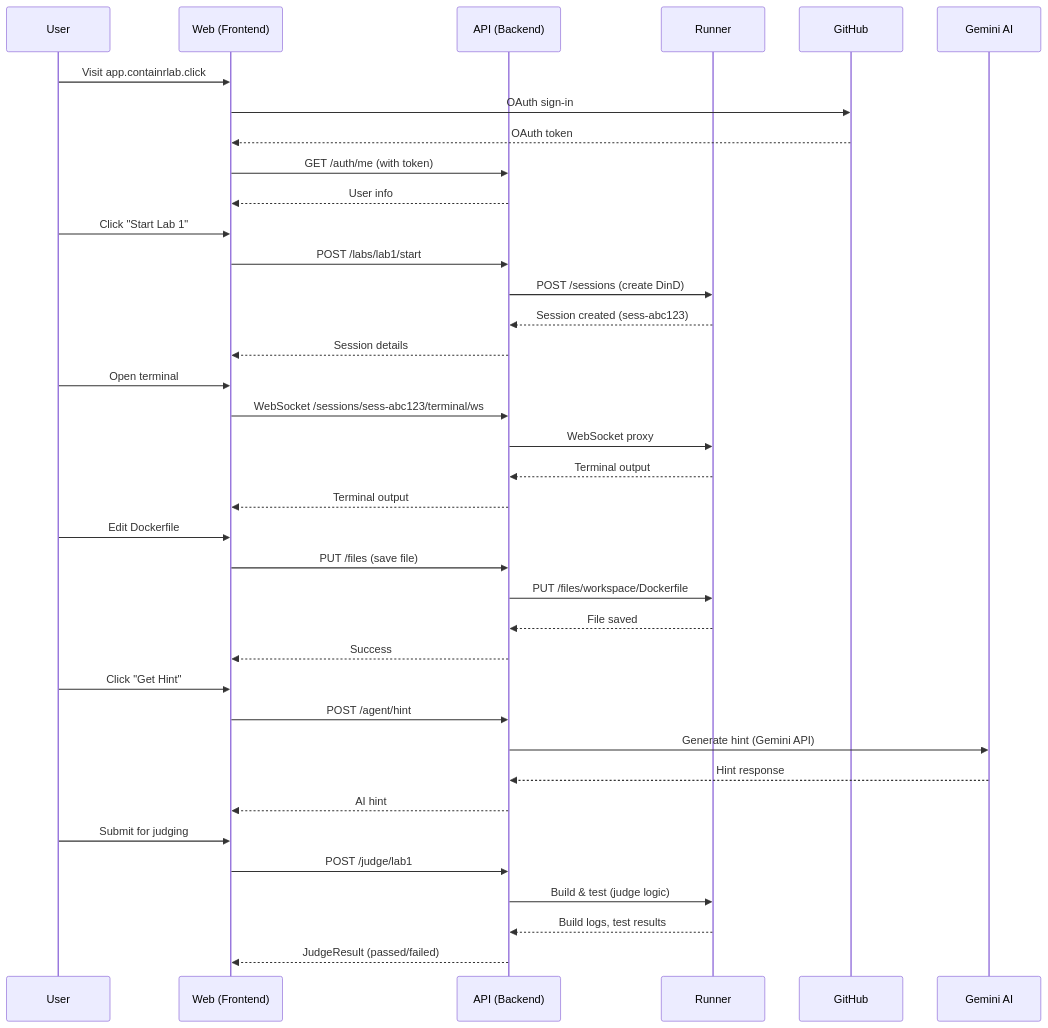
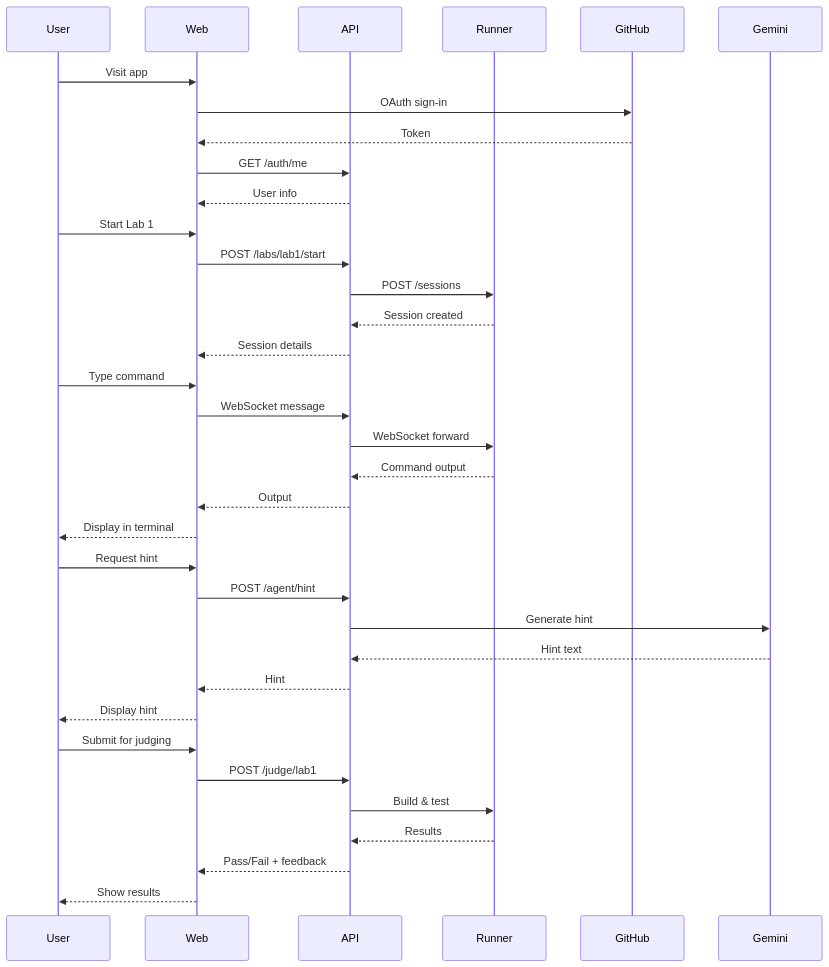
One commit to sanjayb-28/ContainrLab changed the second of 2 diagrams in docs/ARCHITECTURE.md. Above: the diagram before and after it, drawn with Mermaid. The commit also changed other lines of this file, not shown here.

First line of the commit message:
docs: complete rewrite of docs/ARCHITECTURE.md (Phase 4)

````diff
--- a/docs/ARCHITECTURE.md
+++ b/docs/ARCHITECTURE.md
@@ -231,45 +262,42 @@
 ```mermaid
 sequenceDiagram
     participant U as User
-    participant W as Web (Frontend)
-    participant A as API (Backend)
+    participant W as Web
+    participant A as API
     participant R as Runner
     participant G as GitHub
-    participant AI as Gemini AI
+    participant AI as Gemini
 
-    U->>W: Visit app.containrlab.click
+    U->>W: Visit app
     W->>G: OAuth sign-in
-    G-->>W: OAuth token
-    W->>A: GET /auth/me (with token)
+    G-->>W: Token
+    W->>A: GET /auth/me
     A-->>W: User info
     
-    U->>W: Click "Start Lab 1"
+    U->>W: Start Lab 1
     W->>A: POST /labs/lab1/start
-    A->>R: POST /sessions (create DinD)
-    R-->>A: Session created (sess-abc123)
+    A->>R: POST /sessions
+    R-->>A: Session created
     A-->>W: Session details
     
-    U->>W: Open terminal
-    W->>A: WebSocket /sessions/sess-abc123/terminal/ws
-    A->>R: WebSocket proxy
-    R-->>A: Terminal output
-    A-->>W: Terminal output
+    U->>W: Type command
+    W->>A: WebSocket message
+    A->>R: WebSocket forward
+    R-->>A: Command output
+    A-->>W: Output
+    W-->>U: Display in terminal
     
-    U->>W: Edit Dockerfile
-    W->>A: PUT /files (save file)
-    A->>R: PUT /files/workspace/Dockerfile
-    R-->>A: File saved
-    A-->>W: Success
-    
-    U->>W: Click "Get Hint"
+    U->>W: Request hint
     W->>A: POST /agent/hint
-    A->>AI: Generate hint (Gemini API)
-    AI-->>A: Hint response
-    A-->>W: AI hint
+    A->>AI: Generate hint
+    AI-->>A: Hint text
+    A-->>W: Hint
+    W-->>U: Display hint
     
     U->>W: Submit for judging
     W->>A: POST /judge/lab1
-    A->>R: Build & test (judge logic)
-    R-->>A: Build logs, test results
-    A-->>W: JudgeResult (passed/failed)
+    A->>R: Build & test
+    R-->>A: Results
+    A-->>W: Pass/Fail + feedback
+    W-->>U: Show results
 ```
````
